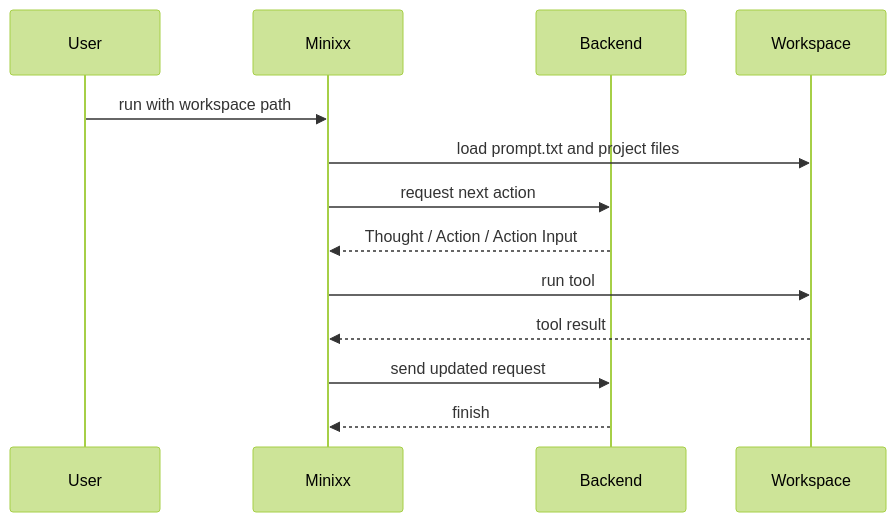
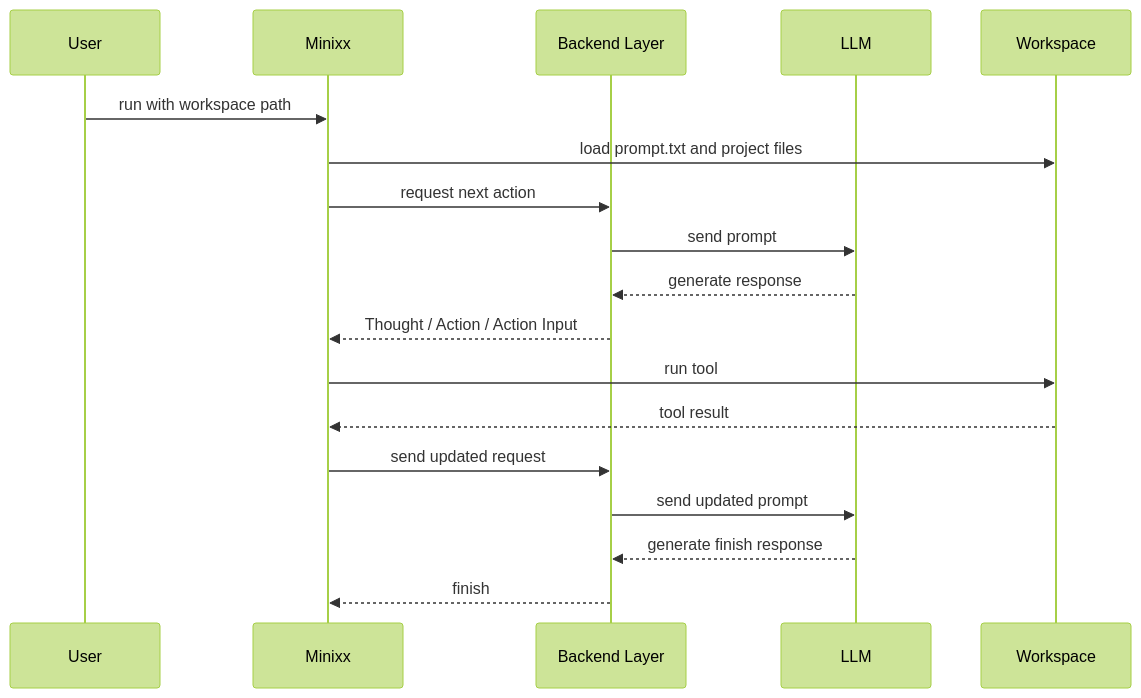
One commit to mtov/minixx changed the second of 3 diagrams in README.md. Above: the diagram before and after it, drawn with Mermaid (forest theme).

Commit message:
docs: clarify README sequence diagram terminology

````diff
--- a/README.md
+++ b/README.md
@@ -78,16 +78,21 @@
 ```mermaid
 sequenceDiagram
     participant User
     participant Minixx
-    participant Backend
+    participant BackendLayer as Backend Layer
+    participant LLM
     participant Workspace
 
     User->>Minixx: run with workspace path
     Minixx->>Workspace: load prompt.txt and project files
-    Minixx->>Backend: request next action
-    Backend-->>Minixx: Thought / Action / Action Input
+    Minixx->>BackendLayer: request next action
+    BackendLayer->>LLM: send prompt
+    LLM-->>BackendLayer: generate response
+    BackendLayer-->>Minixx: Thought / Action / Action Input
     Minixx->>Workspace: run tool
     Workspace-->>Minixx: tool result
-    Minixx->>Backend: send updated request
-    Backend-->>Minixx: finish
+    Minixx->>BackendLayer: send updated request
+    BackendLayer->>LLM: send updated prompt
+    LLM-->>BackendLayer: generate finish response
+    BackendLayer-->>Minixx: finish
 ```
````
